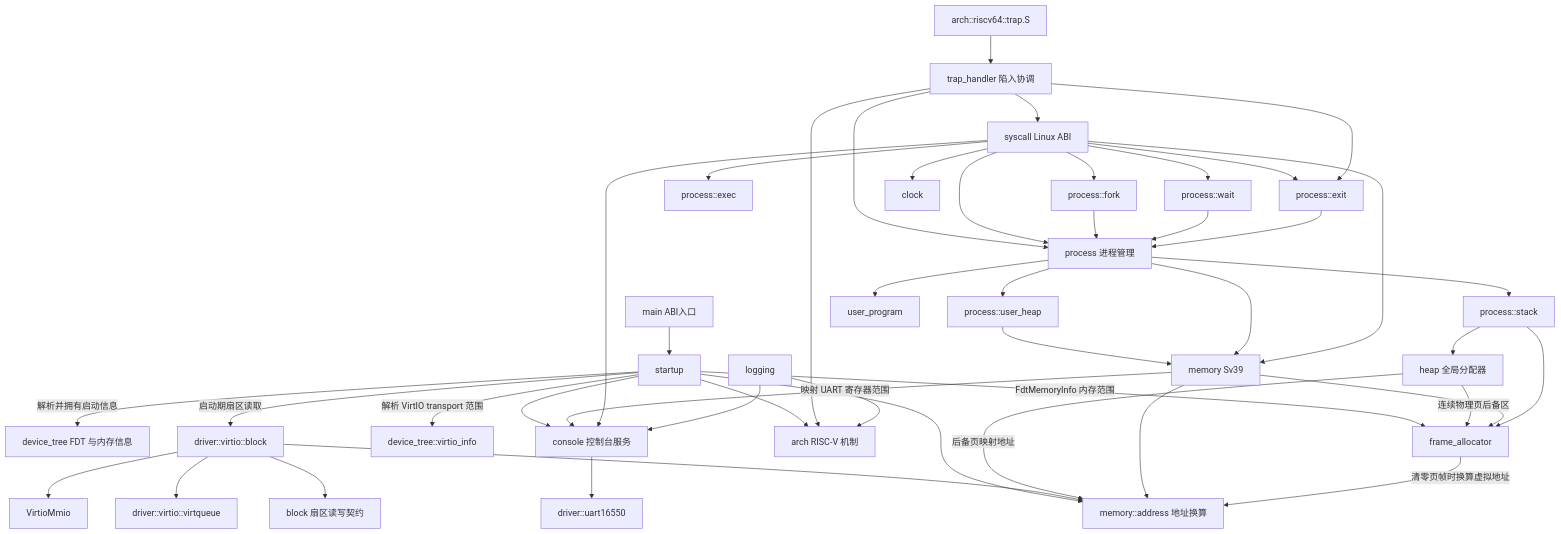
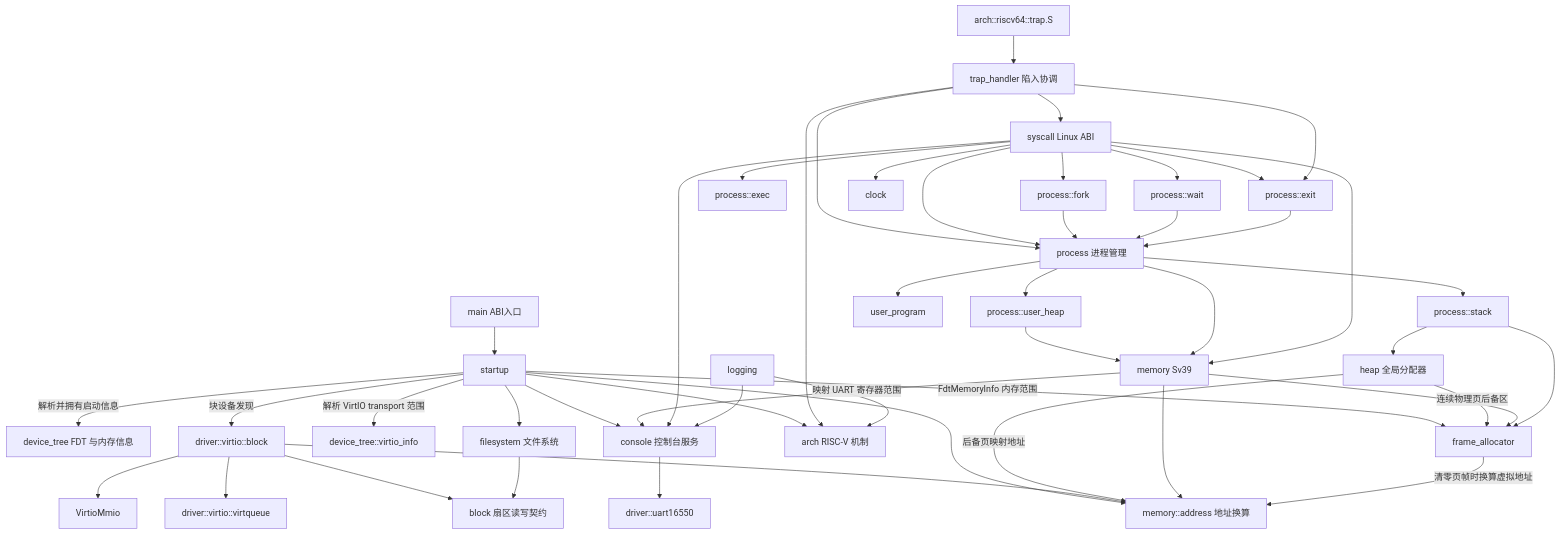
One commit to logeable/fullemu changed the diagram in docs/architecture.md. Above: the diagram before and after it, drawn with Mermaid. The commit also changed other lines of this file and 31 other files, not shown here.

````diff
--- a/docs/architecture.md
+++ b/docs/architecture.md
@@ -84,48 +86,50 @@
 ```mermaid
 flowchart TD
     Main[main ABI入口] --> Startup[startup]
     Startup -->|解析并拥有启动信息| DeviceTree[device_tree FDT 与内存信息]
     Startup --> Address[memory::address 地址换算]
     Startup -->|FdtMemoryInfo 内存范围| Frames[frame_allocator]
     Startup -->|解析 VirtIO transport 范围| VirtioInfo[device_tree::virtio_info]
-    Startup -->|启动期扇区读取| VirtioBlock[driver::virtio::block]
+    Startup -->|块设备发现| VirtioBlock[driver::virtio::block]
     VirtioBlock --> Block[block 扇区读写契约]
+    Startup --> FileSystem[filesystem 文件系统]
+    FileSystem --> Block
     VirtioBlock --> Address[memory::address 地址换算]
     VirtioBlock --> VirtioQueue[driver::virtio::virtqueue]
     VirtioBlock --> VirtioMmio
     Heap[heap 全局分配器] -->|连续物理页后备区| Frames
     Heap -->|后备页映射地址| Address[memory::address 地址换算]
     Startup --> Arch[arch RISC-V 机制]
     Console[console 控制台服务]
     Console --> Uart[driver::uart16550]
     Startup --> Console
     ArchTrap[arch::riscv64::trap.S] --> TrapHandler[trap_handler 陷入协调]
     TrapHandler --> Arch
     TrapHandler --> Syscall[syscall Linux ABI]
     TrapHandler --> Process[process 进程管理]
     Syscall --> Process[process 进程管理]
     Process --> UserHeap[process::user_heap]
     UserHeap --> Memory[memory Sv39]
     Syscall --> Fork[process::fork]
     Syscall --> Exec[process::exec]
     Syscall --> Wait[process::wait]
     Syscall --> Exit[process::exit]
     TrapHandler --> Exit
     Fork --> Process
     Wait --> Process
     Exit --> Process
     Memory[memory Sv39] --> Frames
     Memory --> Address
     Frames -->|清零页帧时换算虚拟地址| Address
     Memory -->|映射 UART 寄存器范围| Console
     Process --> Memory
     Process --> Stack[process::stack]
     Stack --> Heap
     Stack --> Frames
     Process --> Program[user_program]
     Syscall --> Memory
     Syscall --> Clock[clock]
     Syscall --> Console
     Logging[logging] --> Console
     Logging --> Arch
 ```
````
